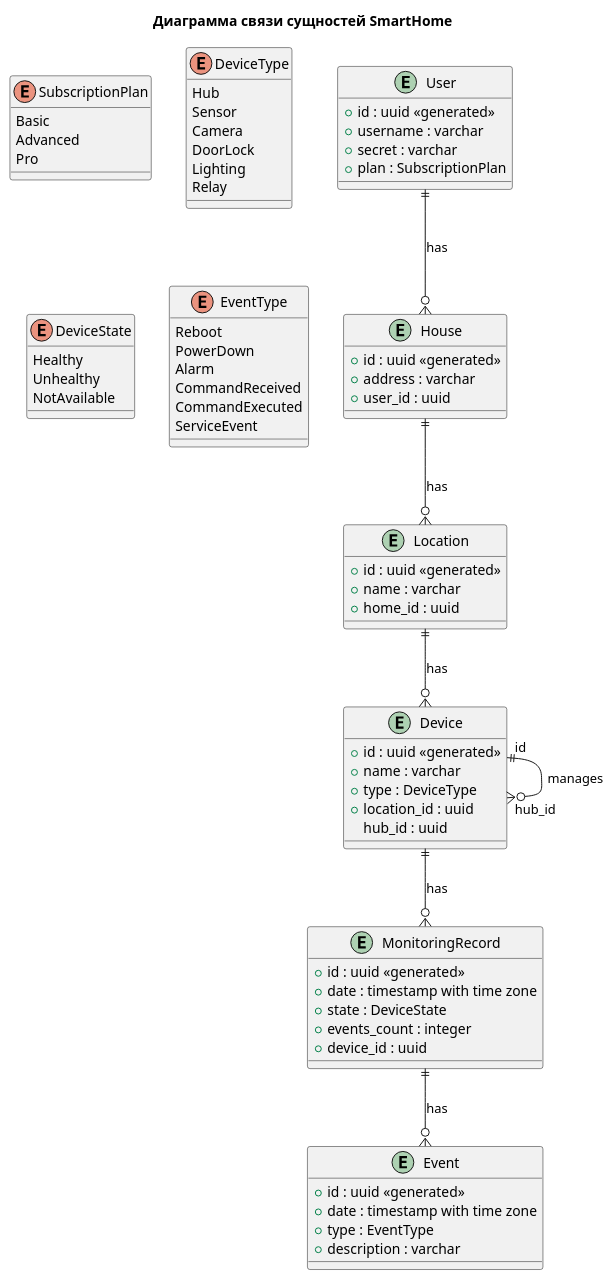
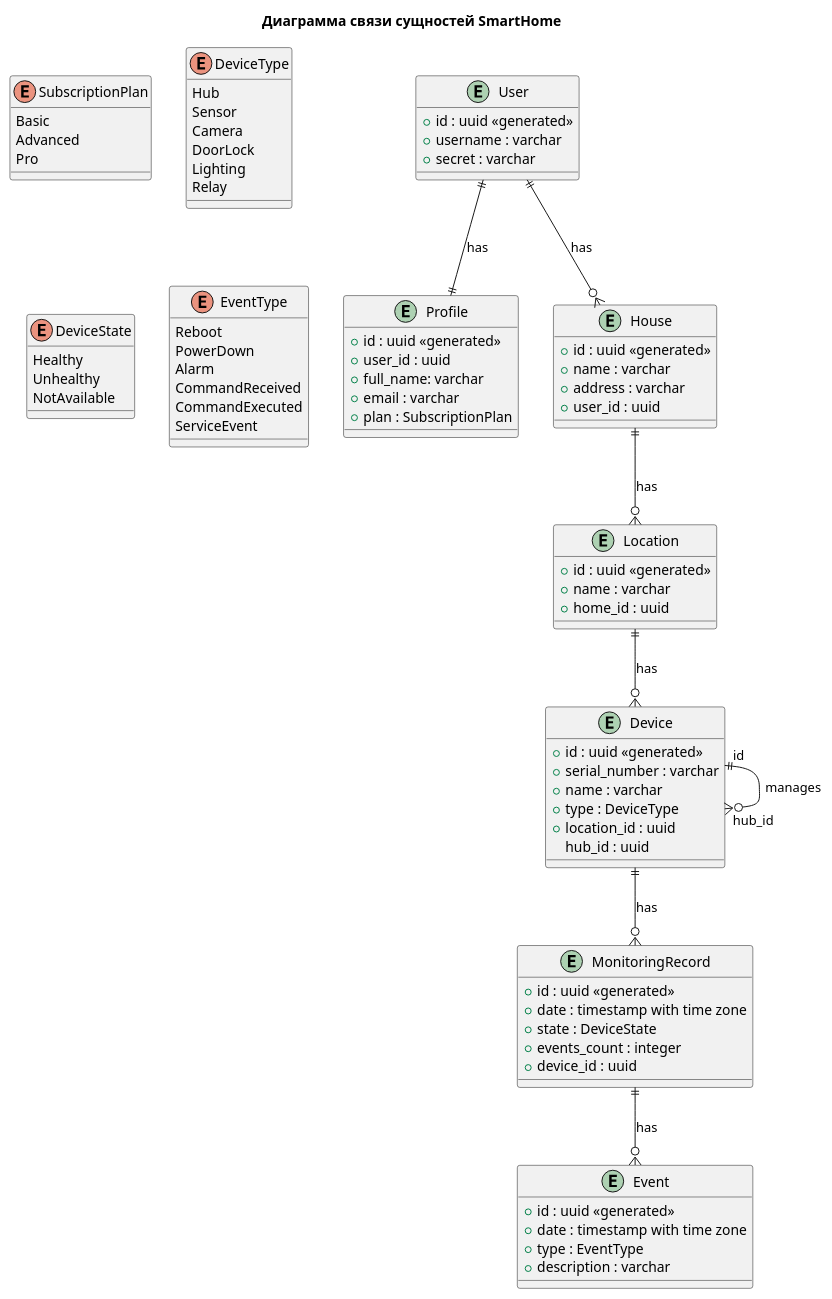
Before and after one commit to egorbos-practicum/architecture-warmhouse: the diagram in diagrams/er-diagram.puml, drawn with PlantUML. The commit also changed 4 other files, not shown here.

```diff
--- a/diagrams/er-diagram.puml
+++ b/diagrams/er-diagram.puml
@@ -1,84 +1,94 @@
 @startuml
 
 title Диаграмма связи сущностей SmartHome
 
 entity User {
     + id : uuid <<generated>>
     + username : varchar
     + secret : varchar
+}
+
+entity Profile {
+    + id : uuid <<generated>>
+    + user_id : uuid
+    + full_name: varchar
+    + email : varchar
     + plan : SubscriptionPlan
 }
 
 entity House {
     + id : uuid <<generated>>
+    + name : varchar
     + address : varchar
     + user_id : uuid
 }
 
 entity Location {
     + id : uuid <<generated>>
     + name : varchar
     + home_id : uuid
 }
 
 entity Device {
     + id : uuid <<generated>>
+    + serial_number : varchar
     + name : varchar
     + type : DeviceType
     + location_id : uuid
     hub_id : uuid
 }
 
 entity MonitoringRecord {
     + id : uuid <<generated>>
     + date : timestamp with time zone
     + state : DeviceState
     + events_count : integer
     + device_id : uuid
 }
 
 entity Event {
     + id : uuid <<generated>>
     + date : timestamp with time zone
     + type : EventType
     + description : varchar
 }
 
 enum SubscriptionPlan {
     Basic
     Advanced
     Pro
 }
 
 enum DeviceType {
     Hub
     Sensor
     Camera
     DoorLock
     Lighting
     Relay
 }
 
 enum DeviceState {
     Healthy
     Unhealthy
     NotAvailable
 }
 
 enum EventType {
     Reboot
     PowerDown
     Alarm
     CommandReceived
     CommandExecuted
     ServiceEvent
 }
 
+User ||--|| Profile : "has"
 User ||--o{ House : "has"
 House ||--o{ Location : "has"
 Location ||--o{ Device : "has"
 Device "id" ||--o{ "hub_id" Device : "manages"
 Device ||--o{ MonitoringRecord : "has"
 MonitoringRecord ||--o{ Event : "has"
 
 @enduml
```
